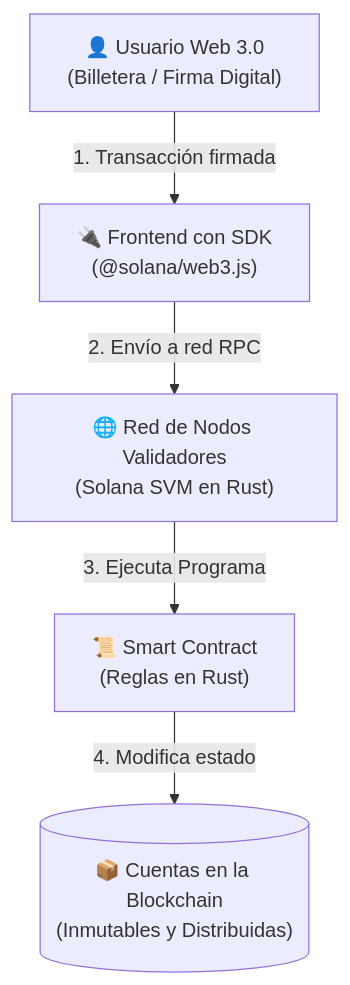
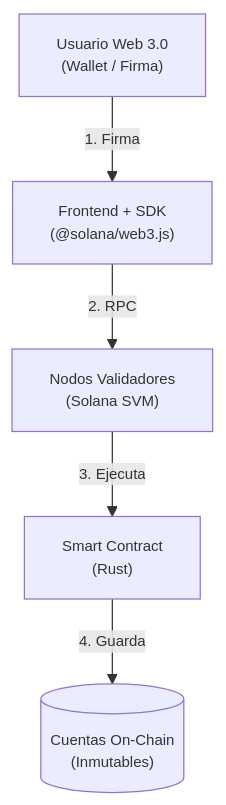
One commit to kernel-devs-lab/lab changed the third of 3 diagrams in conceptos/01-evolucion-web-1-2-3.md. Above: the diagram before and after it, drawn with Mermaid. The commit also changed other lines of this file and 4 other files, not shown here.

Commit message:
fix(docs): acortar etiquetas y ajustar fuente en diagramas mermaid

````diff
--- a/conceptos/01-evolucion-web-1-2-3.md
+++ b/conceptos/01-evolucion-web-1-2-3.md
@@ -68,7 +70,8 @@
 ```mermaid
+%%{init: {'themeVariables': {'fontSize': '12px', 'fontFamily': 'arial'}}}%%
 flowchart TD
-    User["👤 Usuario Web 3.0\n(Billetera / Firma Digital)"] -->|"1. Transacción firmada"| SDK["🔌 Frontend con SDK\n(@solana/web3.js)"]
-    SDK -->|"2. Envío a red RPC"| Nodes["🌐 Red de Nodos Validadores\n(Solana SVM en Rust)"]
-    Nodes -->|"3. Ejecuta Programa"| Program["📜 Smart Contract\n(Reglas en Rust)"]
-    Program -->|"4. Modifica estado"| Ledger[("📦 Cuentas en la Blockchain\n(Inmutables y Distribuidas)")]
+    User["Usuario Web 3.0<br/>(Wallet / Firma)"] -->|"1. Firma"| SDK["Frontend + SDK<br/>(@solana/web3.js)"]
+    SDK -->|"2. RPC"| Nodes["Nodos Validadores<br/>(Solana SVM)"]
+    Nodes -->|"3. Ejecuta"| Program["Smart Contract<br/>(Rust)"]
+    Program -->|"4. Guarda"| Ledger[("Cuentas On-Chain<br/>(Inmutables)")]
 ```
````
